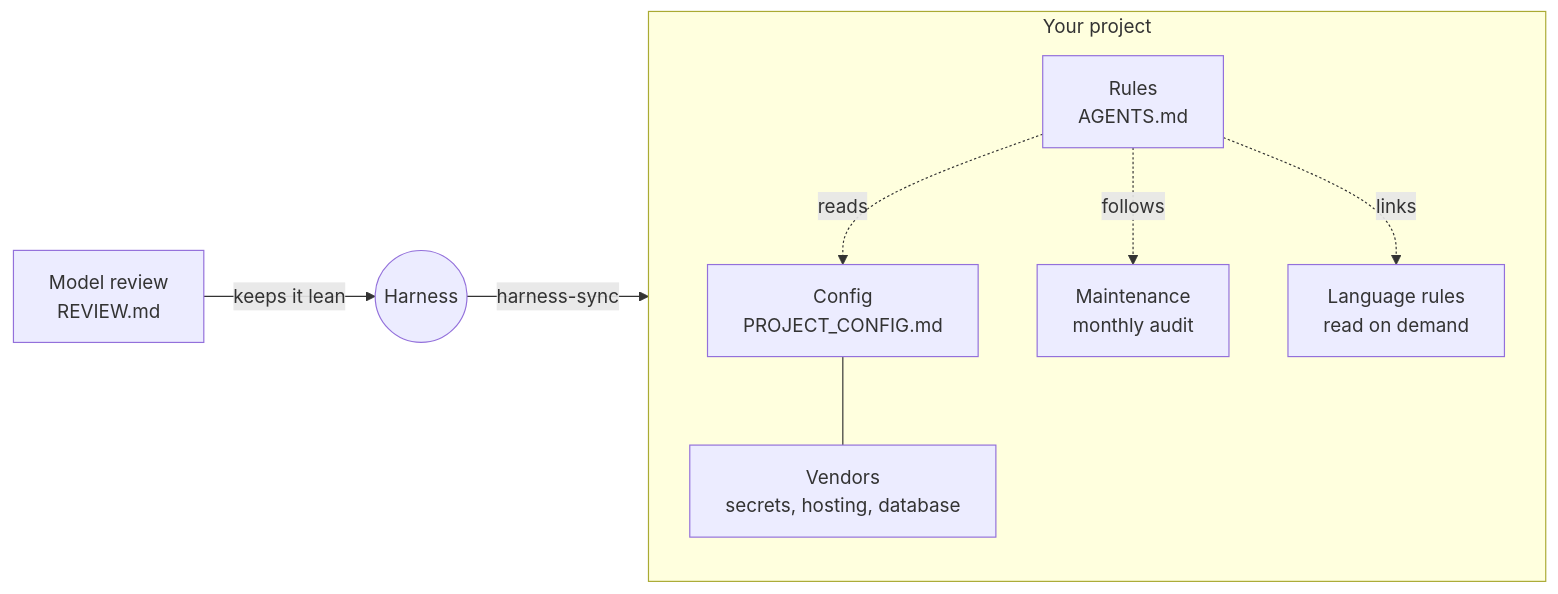
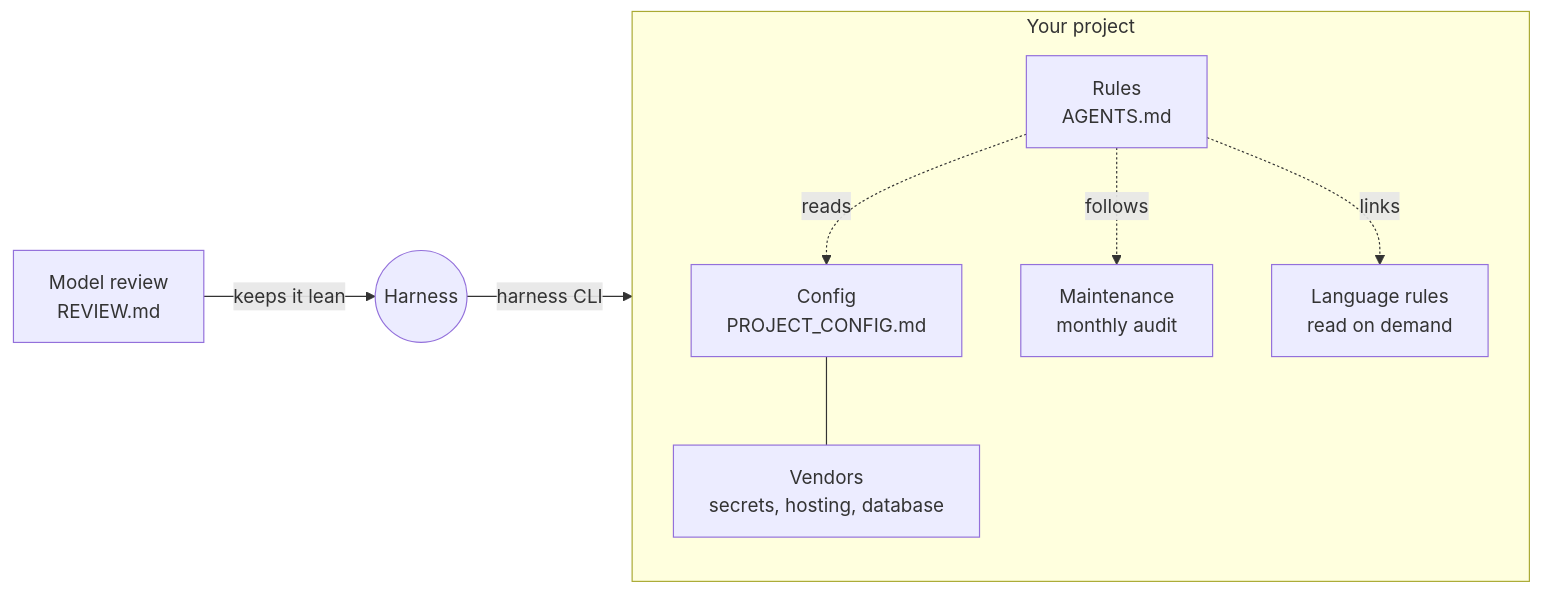
The diagram in README.md (mattsilv/harness), drawn with Mermaid before and after one commit. The commit also changed other lines of this file and 8 other files, not shown here.

Commit message:
Rename the CLI to harness; harness-sync stays as an alias (#21)

````diff
--- a/README.md
+++ b/README.md
@@ -7,16 +7,16 @@
 ```mermaid
 flowchart LR
   R[Model review<br>REVIEW.md] -->|keeps it lean| H((Harness))
-  H -->|harness-sync| P
+  H -->|harness CLI| P
   subgraph P[Your project]
     A[Rules<br>AGENTS.md]
     C[Config<br>PROJECT_CONFIG.md]
     V[Vendors<br>secrets, hosting, database]
     M[Maintenance<br>monthly audit]
     L[Language rules<br>read on demand]
   end
   A -. reads .-> C
   C --- V
   A -. follows .-> M
   A -. links .-> L
 ```
````
